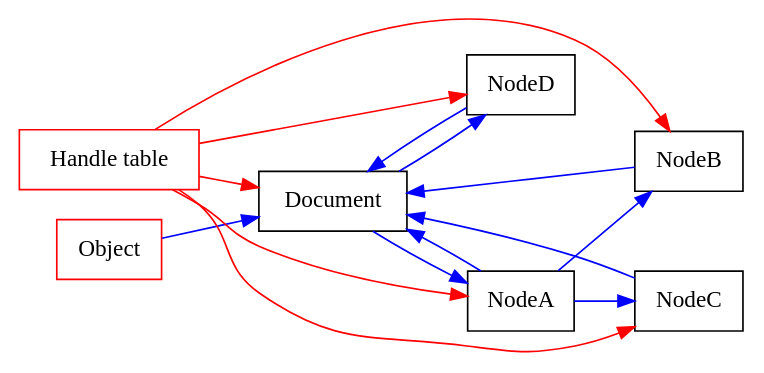
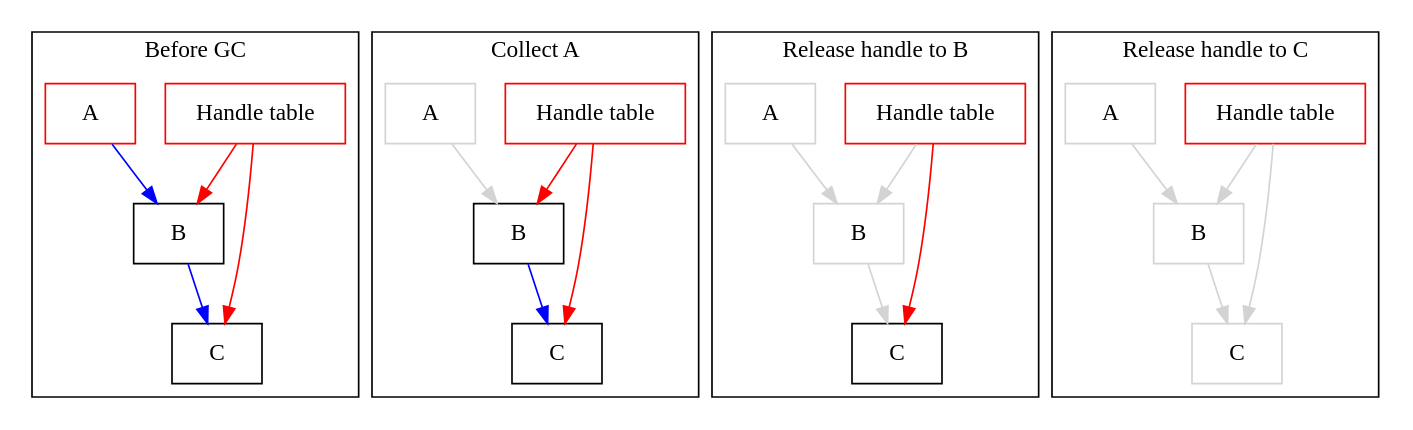
The fourth of 6 diagrams in drafts/capi.org (aardvark179/aardvark179.github.io), drawn with Graphviz before and after one commit. The commit also changed other lines of this file, not shown here.

Commit message:
Improve diagrams of objects and garbage collection.

```diff
--- a/drafts/capi.org
+++ b/drafts/capi.org
@@ -180,31 +185,60 @@
-#+BEGIN_SRC dot :file diagram5.svg :exports results
+#+BEGIN_SRC dot :file diagram3.svg :exports results
 digraph D {
- rankdir="LR";
+ subgraph cluster_before {
+  label = "Before GC";
 
- Object [shape = box color = red]
- X [label="Handle table" shape=box color = red]
+  X_1 [label="Handle table" shape=box color = red]
+  A_1 [label="A" shape = box color = red]
+  B_1 [label="B" shape = box]
+  C_1 [label="C" shape = box]
 
- Document [shape = box]
- NodeA [shape = box]
- NodeB [shape = box]
- NodeC [shape = box]
- NodeD [shape = box]
+  A_1 -> B_1 [color=blue]
+  B_1 -> C_1 [color=blue]
 
- Object -> Document  [color=blue]
- Document -> NodeA [color=blue]
- NodeA -> NodeB [color=blue]
- NodeA -> NodeC [color=blue]
- Document -> NodeD [color=blue]
+  X_1 -> B_1 [color=red]
+  X_1 -> C_1 [color=red]
+ }
+ subgraph cluster_gc_1 {
+  label = "Collect A";
 
- NodeA -> Document [color=blue]
- NodeB -> Document [color=blue]
- NodeC -> Document [color=blue]
- NodeD -> Document [color=blue]
+  X_2 [label="Handle table" shape=box color = red]
+  A_2 [label="A" shape = box color = lightgrey]
+  B_2 [label="B" shape = box]
+  C_2 [label="C" shape = box]
 
- X -> Document [color=red]
- X -> NodeA [color=red]
- X -> NodeB [color=red]
- X -> NodeC [color=red]
- X -> NodeD [color=red]
+  A_2 -> B_2 [color=lightgrey]
+  B_2 -> C_2 [color=blue]
+
+  X_2 -> B_2 [color=red]
+  X_2 -> C_2 [color=red]
+ }
+ subgraph cluster_gc_2 {
+  label = "Release handle to B";
+
+  X_3 [label="Handle table" shape=box color = red]
+  A_3 [label="A" shape = box color = lightgrey]
+  B_3 [label="B" shape = box color = lightgrey]
+  C_3 [label="C" shape = box]
+
+  A_3 -> B_3 [color=lightgrey]
+  B_3 -> C_3 [color=lightgrey]
+
+  X_3 -> B_3 [color=lightgrey]
+  X_3 -> C_3 [color=red]
+ }
+ subgraph cluster_gc_3 {
+  label = "Release handle to C";
+
+  X_4 [label="Handle table" shape=box color = red]
+  A_4 [label="A" shape = box color = lightgrey]
+  B_4 [label="B" shape = box color = lightgrey]
+  C_4 [label="C" shape = box color = lightgrey]
+
+  A_4 -> B_4 [color=lightgrey]
+  B_4 -> C_4 [color=lightgrey]
+
+  X_4 -> B_4 [color=lightgrey]
+  X_4 -> C_4 [color=lightgrey]
+ }
 }
 #+END_SRC
```
